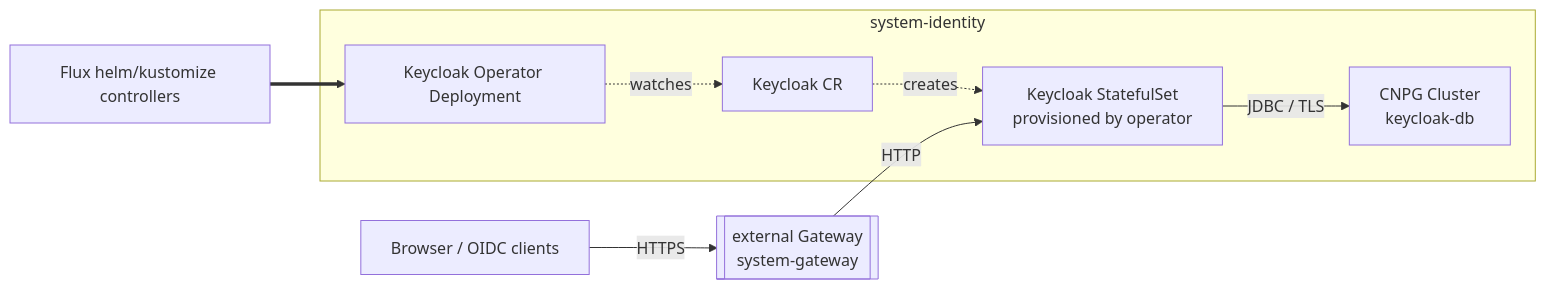
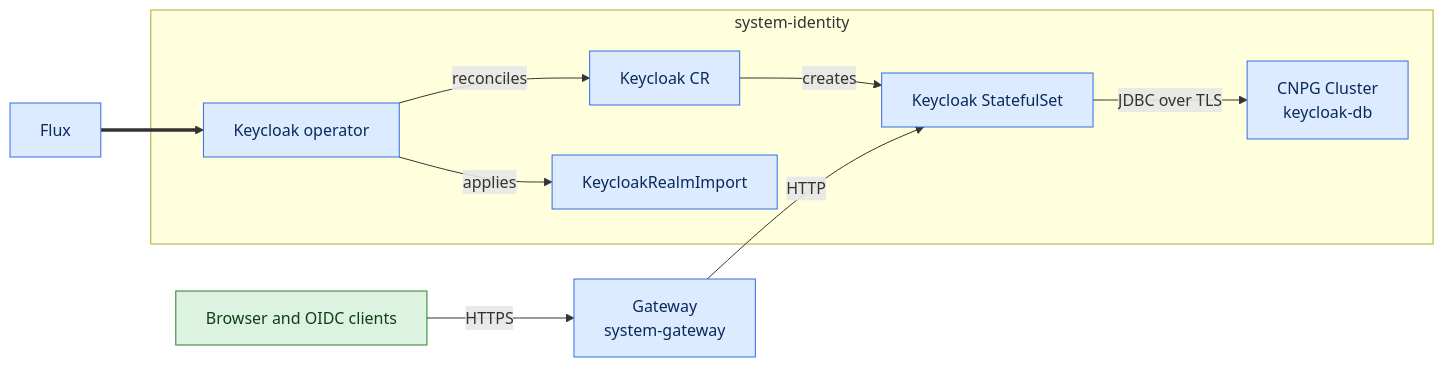
The diagram in docs/guides/identity/keycloak.md (windsorcli/core), drawn with Mermaid before and after one commit. The commit also changed other lines of this file and 2 other files, not shown here.

````diff
--- a/docs/guides/identity/keycloak.md
+++ b/docs/guides/identity/keycloak.md
@@ -61,21 +153,27 @@
 ```mermaid
 flowchart LR
-  flux[Flux helm/kustomize controllers]
+  flux[Flux]
+  users[Browser and OIDC clients]
 
   subgraph systemidentity[system-identity]
-    operator_pod[Keycloak Operator Deployment]
+    operator[Keycloak operator]
     keycloak_cr[Keycloak CR]
-    keycloak_sts[Keycloak StatefulSet<br/>provisioned by operator]
-    pg_cluster[CNPG Cluster<br/>keycloak-db]
+    keycloak_sts[Keycloak StatefulSet]
+    realm[KeycloakRealmImport]
+    pg[CNPG Cluster<br/>keycloak-db]
   end
 
-  gateway[[external Gateway<br/>system-gateway]]
-  users[Browser / OIDC clients]
+  gateway[Gateway<br/>system-gateway]
 
-  flux ==> operator_pod
-  operator_pod -.watches.-> keycloak_cr
-  keycloak_cr -.creates.-> keycloak_sts
-  keycloak_sts -->|JDBC / TLS| pg_cluster
+  flux ==> operator
+  operator -->|reconciles| keycloak_cr
+  keycloak_cr -->|creates| keycloak_sts
+  operator -->|applies| realm
+  keycloak_sts -->|JDBC over TLS| pg
   users -->|HTTPS| gateway
   gateway -->|HTTP| keycloak_sts
+  classDef k8s fill:#DCEBFF,stroke:#326CE5,color:#0B2A5B
+  classDef app fill:#DDF3E1,stroke:#2E7D32,color:#123D17
+  class flux,operator,keycloak_cr,keycloak_sts,realm,pg,gateway k8s
+  class users app
 ```
````
